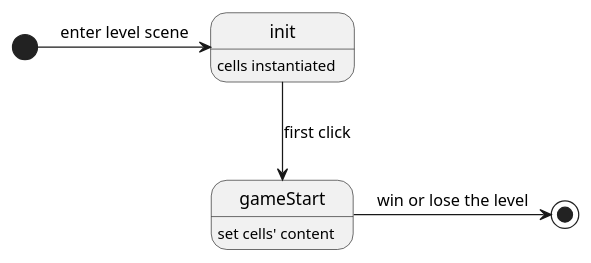
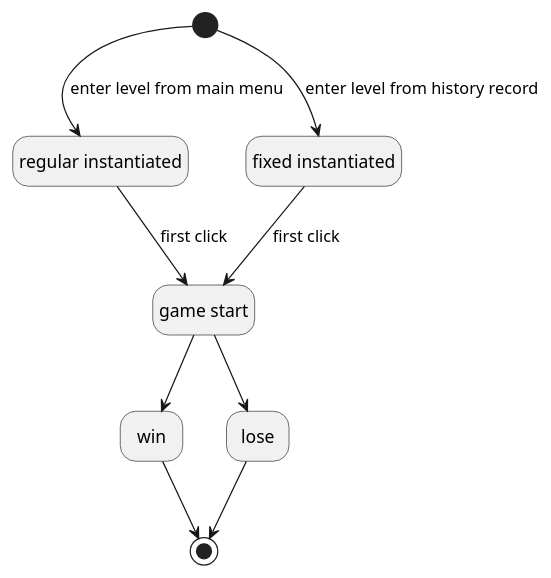
The diagram in src/SnekSweeperCore/Diagrams/grid-state.puml (SnekTech/SnekSweeper), drawn with PlantUML before and after one commit.

Commit message:
update grid state diagram

```diff
--- a/src/SnekSweeperCore/Diagrams/grid-state.puml
+++ b/src/SnekSweeperCore/Diagrams/grid-state.puml
@@ -1,12 +1,24 @@
 @startuml
 'https://plantuml.com/state-diagram
 
-state init : cells instantiated
-state gameStart : set cells' content
+hide empty description
 
-[*] -> init : enter level scene
-init --> gameStart : first click
+state "regular instantiated" as regularInstantiated
+state "fixed instantiated" as fixedInstantiated
+state "game start" as gameStart
+state win
+state lose
 
-gameStart -> [*] : win or lose the level
+[*] --> regularInstantiated : enter level from main menu
+[*] --> fixedInstantiated : enter level from history record
+
+regularInstantiated --> gameStart : first click
+fixedInstantiated --> gameStart : first click
+
+gameStart --> win
+gameStart --> lose
+
+win --> [*]
+lose --> [*]
 
 @enduml
```
